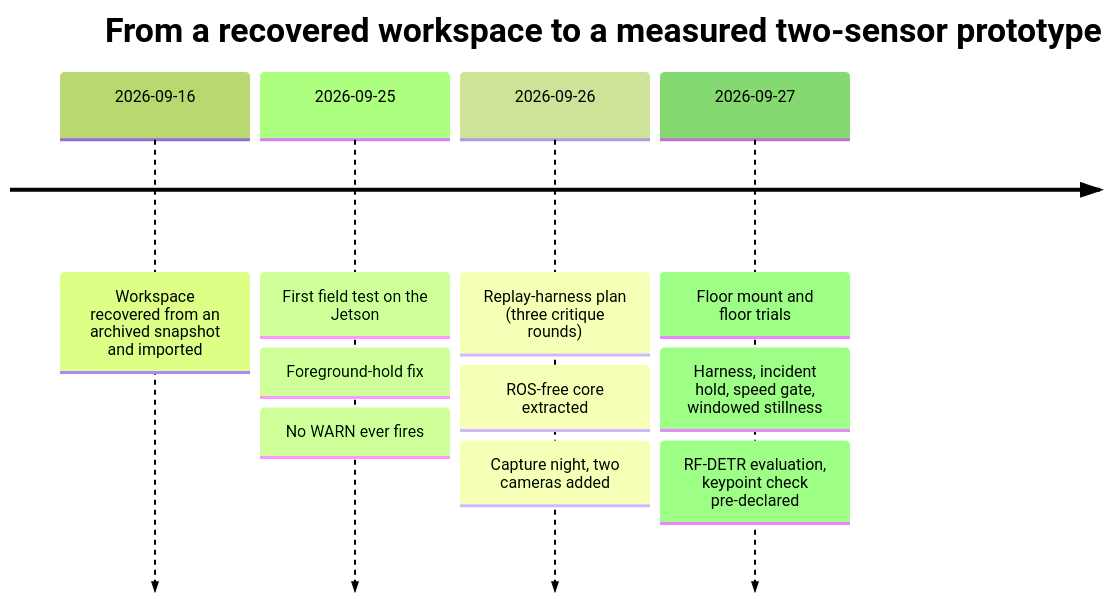
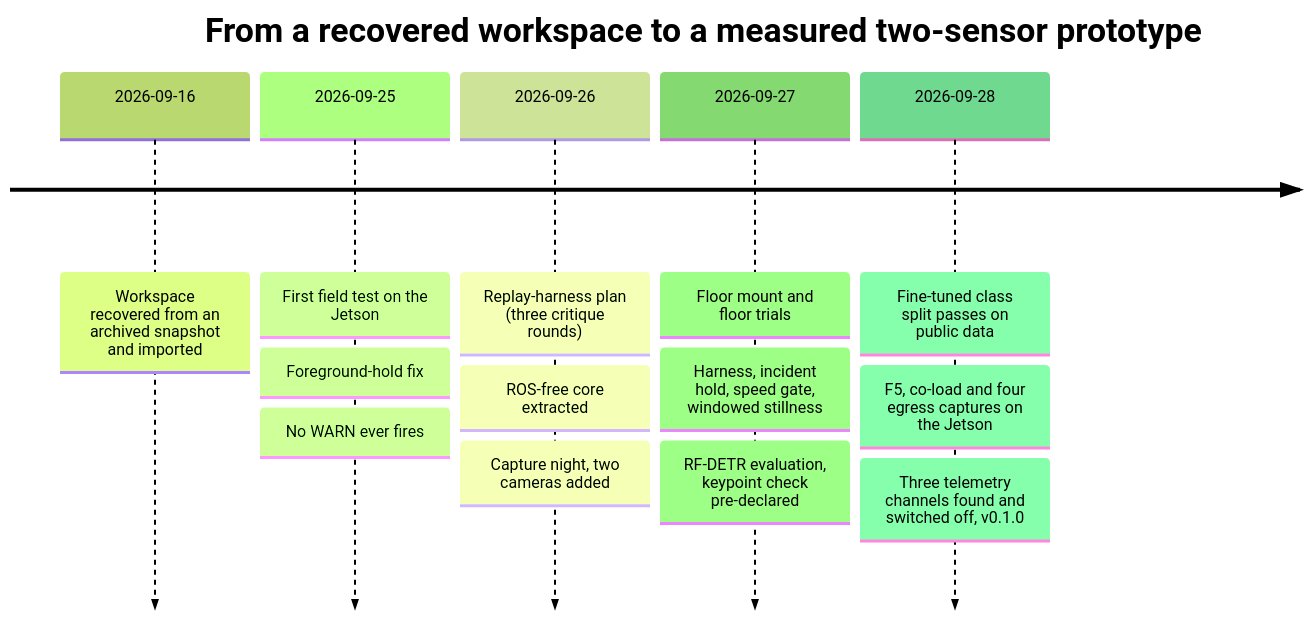
The diagram in docs/DEVELOPMENT-LOG.md (JeremyGracey-AI/prevera-guardian-lidar), drawn with Mermaid (forest theme) before and after one commit. The commit also changed other lines of this file, not shown here.

First line of the commit message:
docs: development log for 2026-09-28; test-suite table and timeline extended

````diff
--- a/docs/DEVELOPMENT-LOG.md
+++ b/docs/DEVELOPMENT-LOG.md
@@ -14,8 +14,9 @@
 ```mermaid
 timeline
     title From a recovered workspace to a measured two-sensor prototype
     2026-09-16 : Workspace recovered from an archived snapshot and imported
     2026-09-25 : First field test on the Jetson : Foreground-hold fix : No WARN ever fires
     2026-09-26 : Replay-harness plan (three critique rounds) : ROS-free core extracted : Capture night, two cameras added
     2026-09-27 : Floor mount and floor trials : Harness, incident hold, speed gate, windowed stillness : RF-DETR evaluation, keypoint check pre-declared
+    2026-09-28 : Fine-tuned class split passes on public data : F5, co-load and four egress captures on the Jetson : Three telemetry channels found and switched off, v0.1.0
 ```
````
